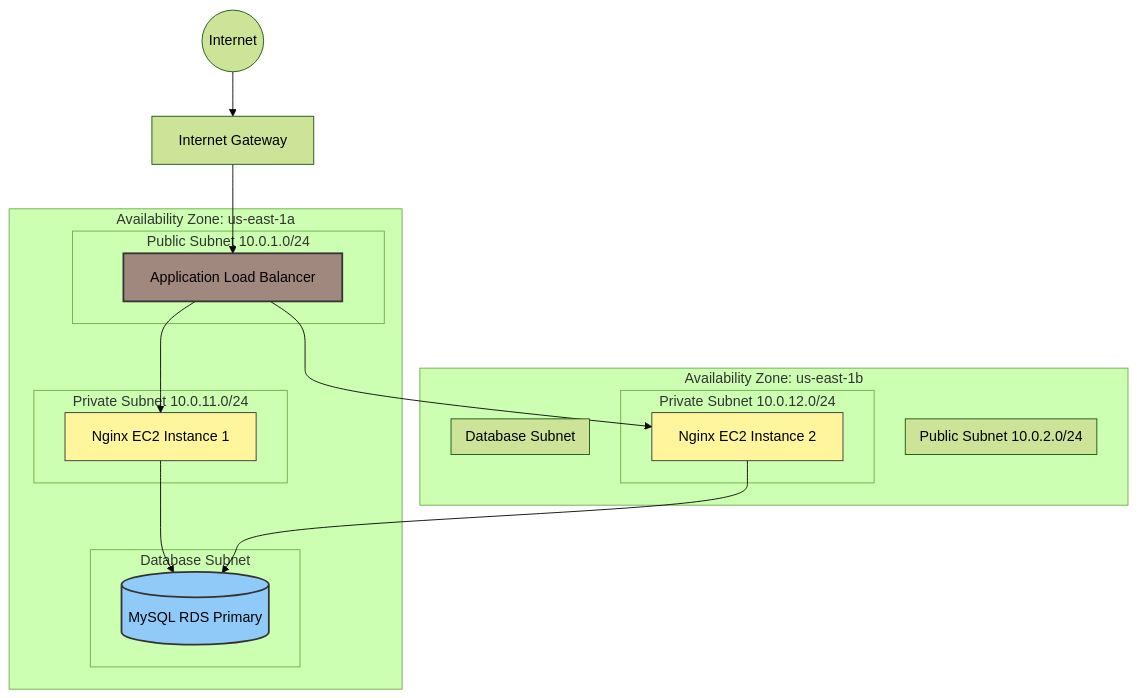
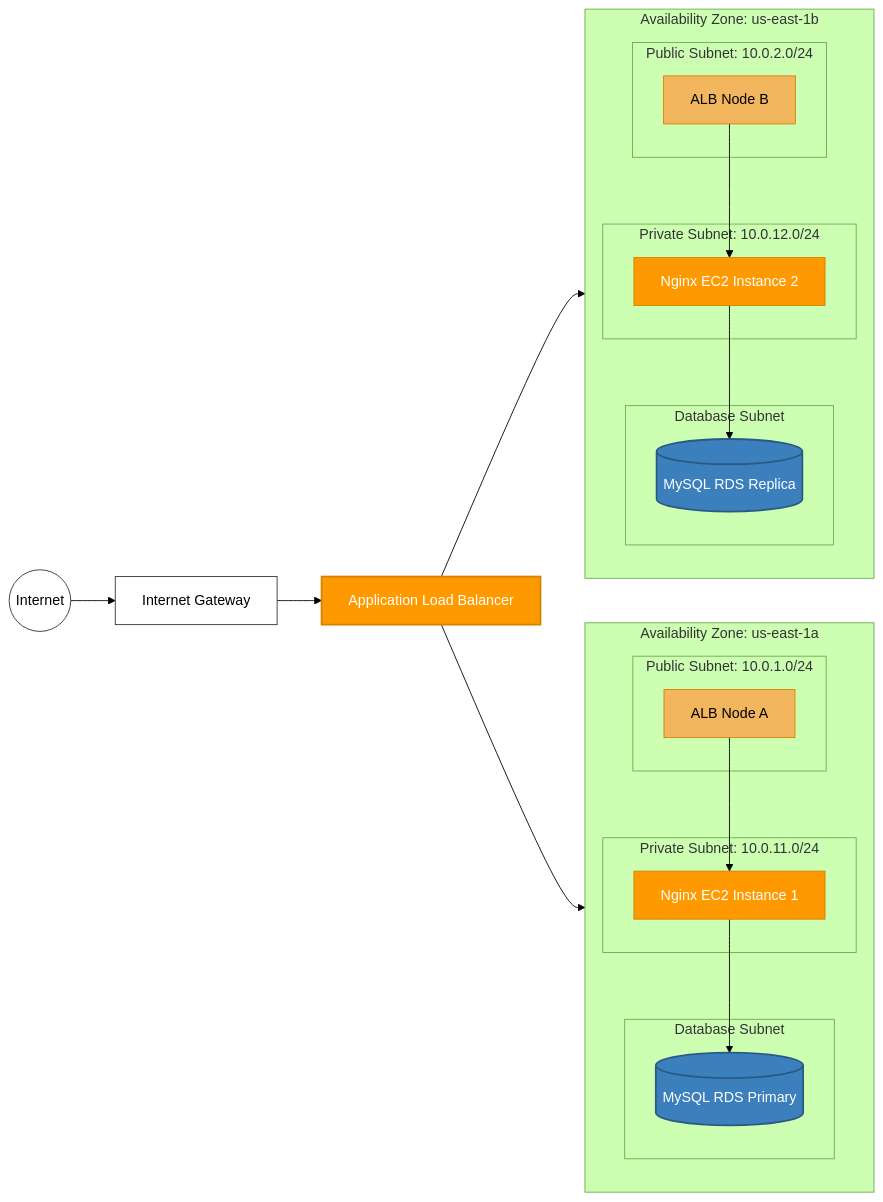
One commit to bmesf06/aws-3tier-terraform changed the diagram in README.md. Above: the diagram before and after it, drawn with Mermaid (forest theme).

Commit message:
Update README.md w/mermaid.js to be cleaner
reworked input to make mermaid.js output look cleaner

````diff
--- a/README.md
+++ b/README.md
@@ -69,44 +69,53 @@
 ```mermaid
-graph TD
-    %% Define Elements
+graph LR
+    %% Define Root Infrastructure Layer
     Internet((Internet)) --> IGW[Internet Gateway]
     IGW --> ALB[Application Load Balancer]
-    
-    %% Availability Zone 1
-    subgraph AZ1 [Availability Zone: us-east-1a]
-        subgraph Pub1 [Public Subnet 10.0.1.0/24]
-            ALB
+
+    %% Availability Zone A Structure
+    subgraph AZA [Availability Zone: us-east-1a]
+        direction TB
+        subgraph PubSub1 [Public Subnet: 10.0.1.0/24]
+            ALB_NodeA[ALB Node A]
         end
-        subgraph Priv1 [Private Subnet 10.0.11.0/24]
+        subgraph PrivSub1 [Private Subnet: 10.0.11.0/24]
             EC2_1[Nginx EC2 Instance 1]
         end
-        subgraph DB1 [Database Subnet]
-            RDS[(MySQL RDS Primary)]
+        subgraph DBSub1 [Database Subnet]
+            RDS_Primary[(MySQL RDS Primary)]
         end
     end
 
-    %% Availability Zone 2
-    subgraph AZ2 [Availability Zone: us-east-1b]
-        subgraph Pub2 [Public Subnet 10.0.2.0/24]
-            ALB
+    %% Availability Zone B Structure
+    subgraph AZB [Availability Zone: us-east-1b]
+        direction TB
+        subgraph PubSub2 [Public Subnet: 10.0.2.0/24]
+            ALB_NodeB[ALB Node B]
         end
-        subgraph Priv2 [Private Subnet 10.0.12.0/24]
+        subgraph PrivSub2 [Private Subnet: 10.0.12.0/24]
             EC2_2[Nginx EC2 Instance 2]
         end
-        subgraph DB2 [Database Subnet]
-            RDS
+        subgraph DBSub2 [Database Subnet]
+            RDS_Replica[(MySQL RDS Replica)]
         end
     end
 
-    %% Traffic Routing Connections
-    ALB --> EC2_1
-    ALB --> EC2_2
-    EC2_1 --> RDS
-    EC2_2 --> RDS
+    %% Infrastructure Routing Paths
+    ALB --> ALB_NodeA
+    ALB --> ALB_NodeB
+    ALB_NodeA --> EC2_1
+    ALB_NodeB --> EC2_2
+    EC2_1 --> RDS_Primary
+    EC2_2 --> RDS_Replica
 
-    %% Styling
-    style ALB fill:#a1887f,stroke:#333,stroke-width:2px
-    style RDS fill:#90caf9,stroke:#333,stroke-width:2px
-    style EC2_1 fill:#fff59d,stroke:#333,stroke-width:1px
-    style EC2_2 fill:#fff59d,stroke:#333,stroke-width:1px
+    %% Professional AWS Color Palette Styling
+    style Internet fill:#fff,stroke:#333,stroke-width:1px
+    style IGW fill:#fff,stroke:#333,stroke-width:1px
+    style ALB fill:#ff9900,stroke:#d68100,stroke-width:2px,color:#fff
+    style ALB_NodeA fill:#f2b65e,stroke:#d68100,stroke-width:1px
+    style ALB_NodeB fill:#f2b65e,stroke:#d68100,stroke-width:1px
+    style EC2_1 fill:#ff9900,stroke:#d68100,stroke-width:1px,color:#fff
+    style EC2_2 fill:#ff9900,stroke:#d68100,stroke-width:1px,color:#fff
+    style RDS_Primary fill:#3b7fbc,stroke:#2a5a84,stroke-width:2px,color:#fff
+    style RDS_Replica fill:#3b7fbc,stroke:#2a5a84,stroke-width:2px,color:#fff
 ```
````
